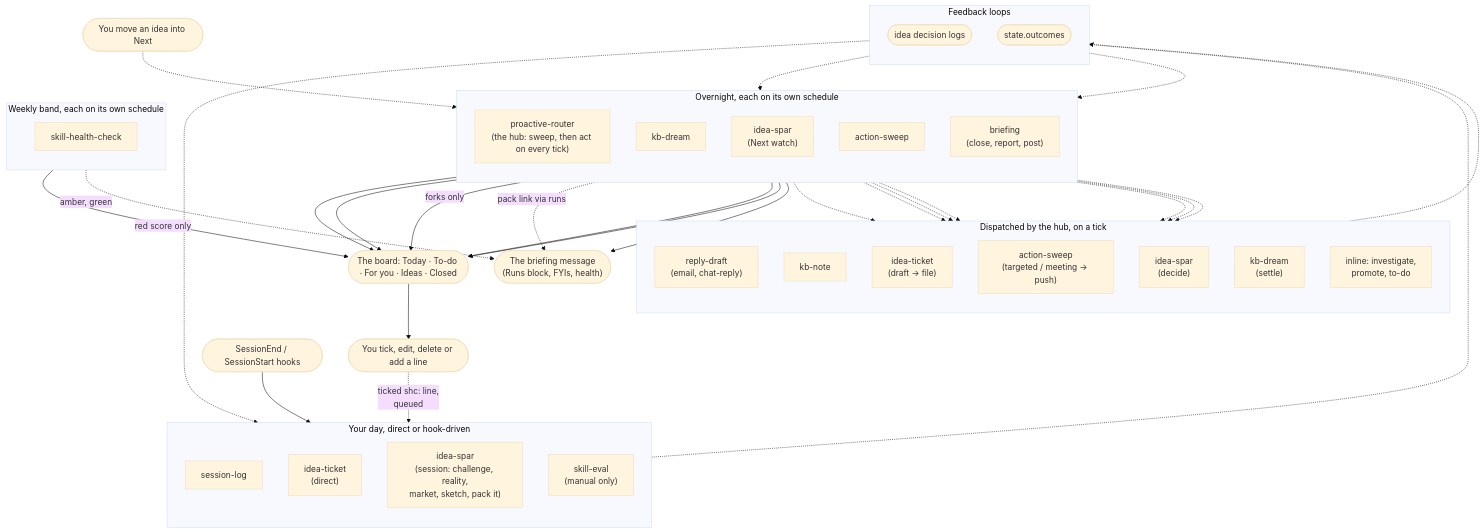
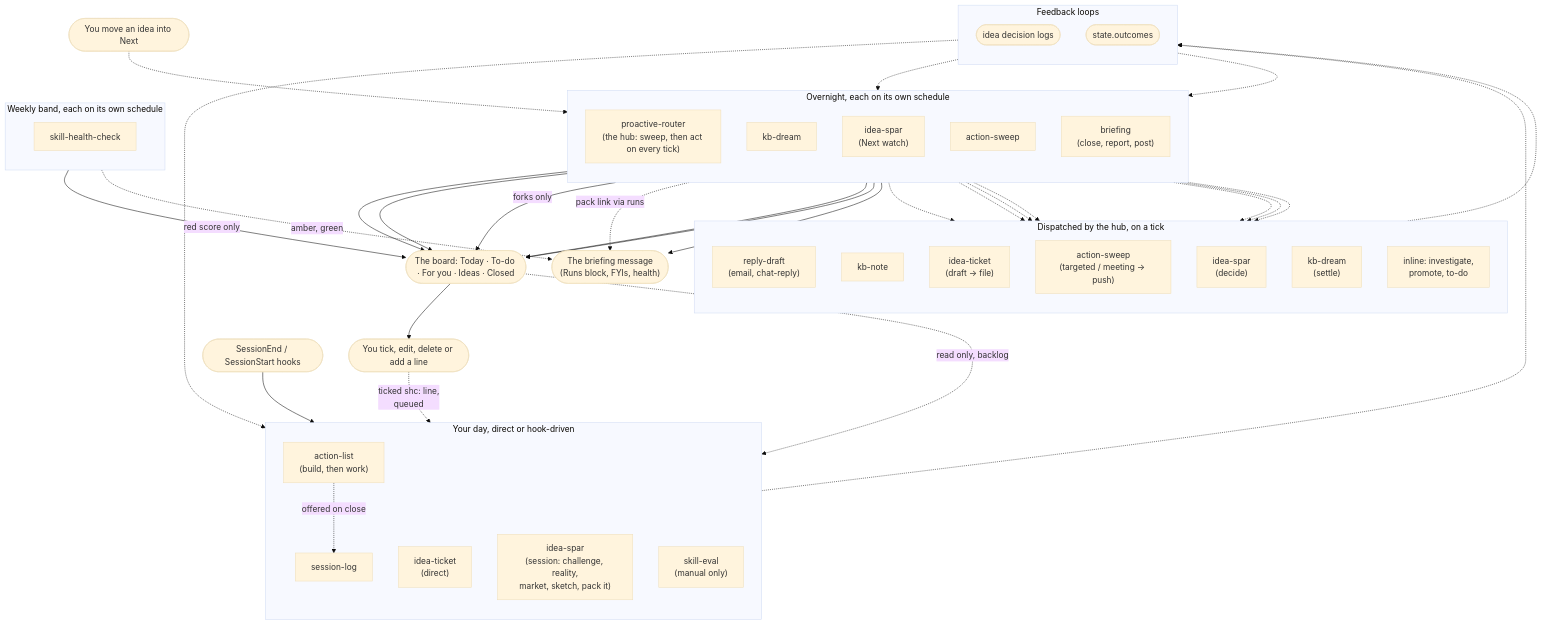
The diagram in docs/skill-flow.md (mrp901/marcketplace), drawn with Mermaid (base theme) before and after one commit. The commit also changed 14 other files, not shown here.

First line of the commit message:
add(action-list): build a time-boxed action list with drafts, then work it with the user (1.5.0)

````diff
--- a/docs/skill-flow.md
+++ b/docs/skill-flow.md
@@ -29,77 +29,80 @@
 ```mermaid
 flowchart TB
     subgraph overnight["Overnight, each on its own schedule"]
         direction TB
         router["proactive-router\n(the hub: sweep, then act on every tick)"]
         dream["kb-dream"]
         sparwatch["idea-spar\n(Next watch)"]
         sweep["action-sweep"]
         briefing["briefing\n(close, report, post)"]
     end
 
     board(["The board: Today · To-do · For you · Ideas · Closed"])
     tick(["You tick, edit, delete or add a line"])
     message(["The briefing message\n(Runs block, FYIs, health)"])
 
     router --> board
     dream --> board
     sparwatch -->|"forks only"| board
     sparwatch -.->|"pack link via runs"| message
     sweep --> board
     briefing --> board
     briefing --> message
     board --> tick
 
     subgraph handlers["Dispatched by the hub, on a tick"]
         direction TB
         replydraft["reply-draft\n(email, chat-reply)"]
         kbnote["kb-note"]
         ideaticket["idea-ticket\n(draft → file)"]
         sweeptargeted["action-sweep\n(targeted / meeting → push)"]
         spardecide["idea-spar\n(decide)"]
         dreamsettle["kb-dream\n(settle)"]
         inline["inline: investigate,\npromote, to-do"]
     end
 
     router -.-> replydraft
     router -.-> kbnote
     router -.-> ideaticket
     router -.-> sweeptargeted
     router -.-> spardecide
     router -.-> dreamsettle
     router -.-> inline
 
     subgraph manual["Your day, direct or hook-driven"]
         direction TB
         sessionlog["session-log"]
+        actionlist["action-list\n(build, then work)"]
         ideaticketdirect["idea-ticket\n(direct)"]
         sparsession["idea-spar\n(session: challenge, reality,\nmarket, sketch, pack it)"]
         skilleval["skill-eval\n(manual only)"]
     end
 
     sessionhook(["SessionEnd / SessionStart hooks"])
     sessionhook --> sessionlog
+    board -.->|"read only, backlog"| actionlist
+    actionlist -.->|"offered on close"| sessionlog
     roadmap(["You move an idea into Next"])
     roadmap -.-> sparwatch
 
     subgraph weekly["Weekly band, each on its own schedule"]
         direction TB
         healthcheck["skill-health-check"]
     end
 
     healthcheck -->|"red score only"| board
     healthcheck -.->|"amber, green"| message
 
     subgraph feedback["Feedback loops"]
         direction TB
         decisionlog(["idea decision logs"])
         outcomes(["state.outcomes"])
     end
 
     spardecide -.-> decisionlog
     decisionlog -.-> sparsession
     decisionlog -.-> sparwatch
     tick -.->|"ticked shc: line,\nqueued"| skilleval
     skilleval -.-> outcomes
     outcomes -.-> briefing
 ```
````
